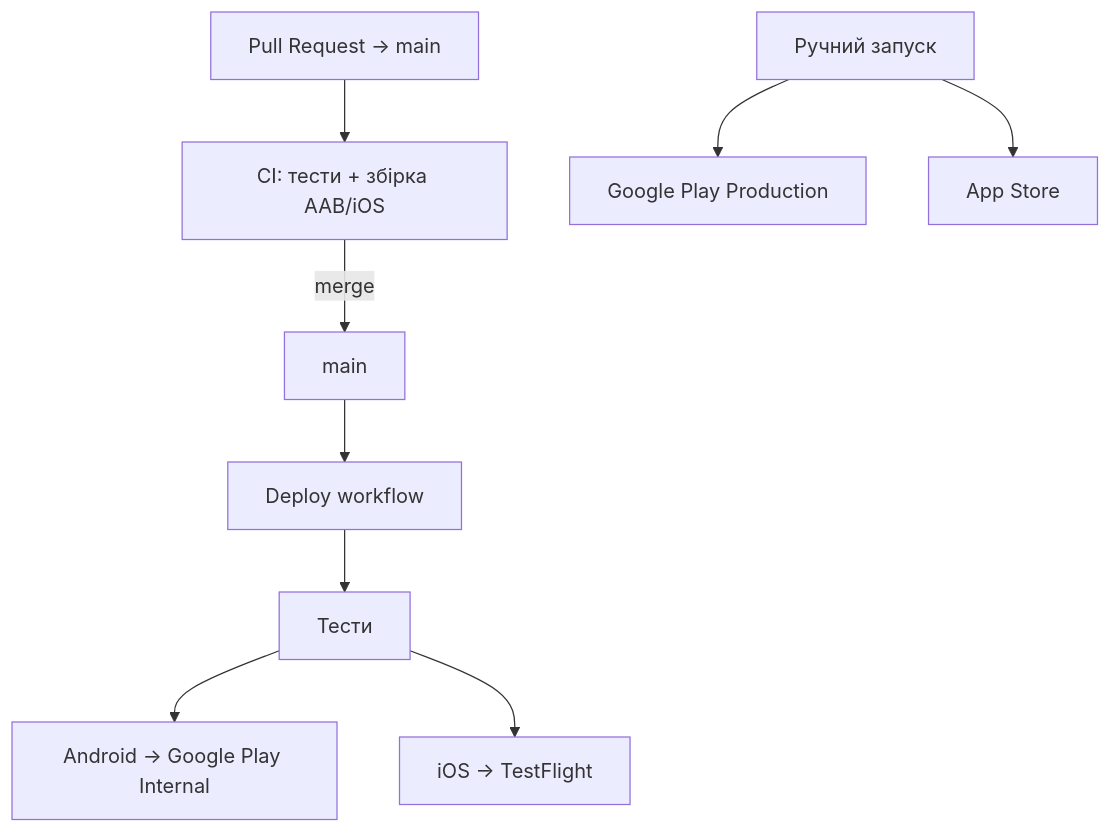
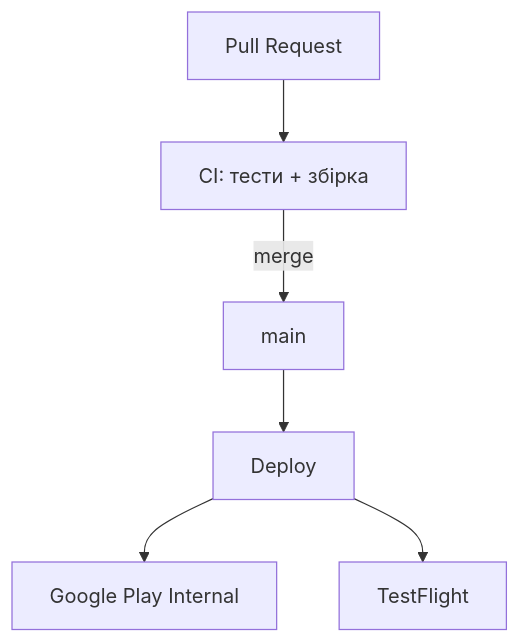
One commit to ErikaDyendyeshy/fastlane_demo_ci changed the diagram in README.md. Above: the diagram before and after it, drawn with Mermaid. The commit also changed other lines of this file and 1 other file, not shown here.

````diff
--- a/README.md
+++ b/README.md
@@ -7,11 +28,8 @@
 ```mermaid
 flowchart TD
-  PR[Pull Request → main] --> CI[CI: тести + збірка AAB/iOS]
+  PR[Pull Request] --> CI[CI: тести + збірка]
   CI -->|merge| MAIN[main]
-  MAIN --> DEPLOY[Deploy workflow]
-  DEPLOY --> T[Тести]
-  T --> A[Android → Google Play Internal]
-  T --> I[iOS → TestFlight]
-  PROD[Ручний запуск] --> GP[Google Play Production]
-  PROD --> AS[App Store]
+  MAIN --> DEPLOY[Deploy]
+  DEPLOY --> A[Google Play Internal]
+  DEPLOY --> I[TestFlight]
 ```
````
